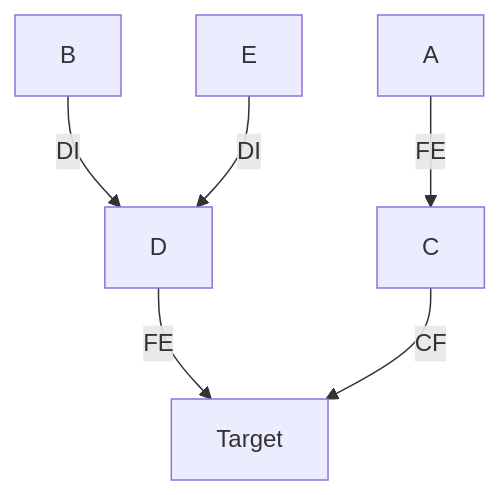
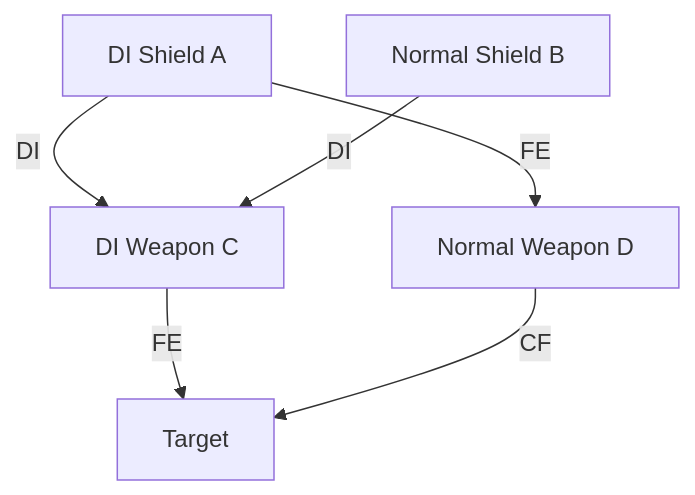
The first of 9 diagrams in docs/wiki/glitchcraft/batch-despawn-interrupt.md (BKMzero/ultrabroken-documentation), drawn with Mermaid before and after one commit. The commit also changed other lines of this file, not shown here.

````diff
--- a/docs/wiki/glitchcraft/batch-despawn-interrupt.md
+++ b/docs/wiki/glitchcraft/batch-despawn-interrupt.md
@@ -150,8 +73,15 @@
         ```mermaid
         graph TD
-            A[A] -->|FE| B[C]
-            C[B] -->|DI| D[D]
-            E[E] -->|DI| D
-            D -->|FE| F[Target]
-            B -->|CF| F
+
+            A[DI Shield A]
+            B[Normal Shield B]
+            C[DI Weapon C]
+            D[Normal Weapon D]
+            TARGET[Target]
+
+            A -->|DI| C
+            B -->|DI| C
+            A -->|FE| D
+            C -->|FE| TARGET
+            D -->|CF| TARGET
         ```
````
